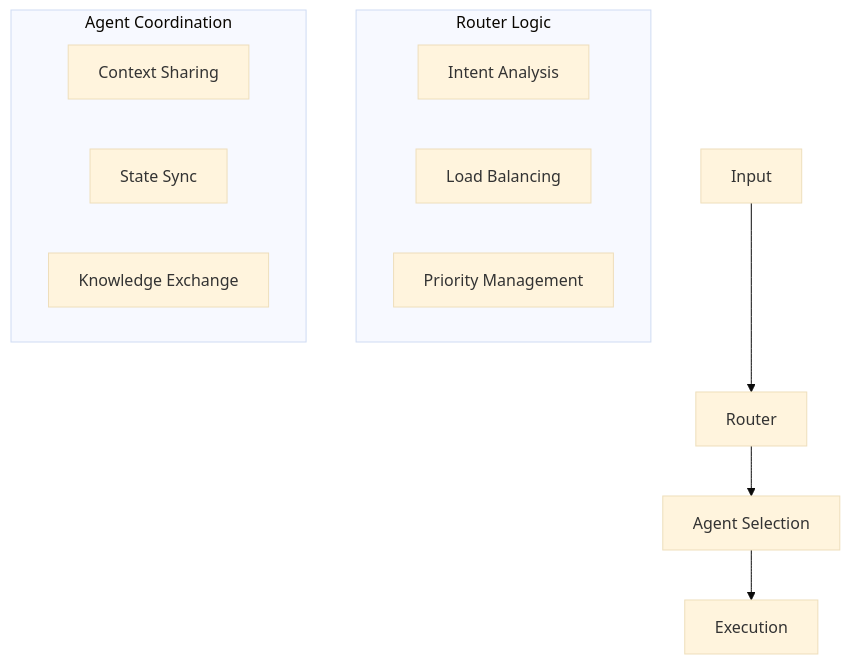
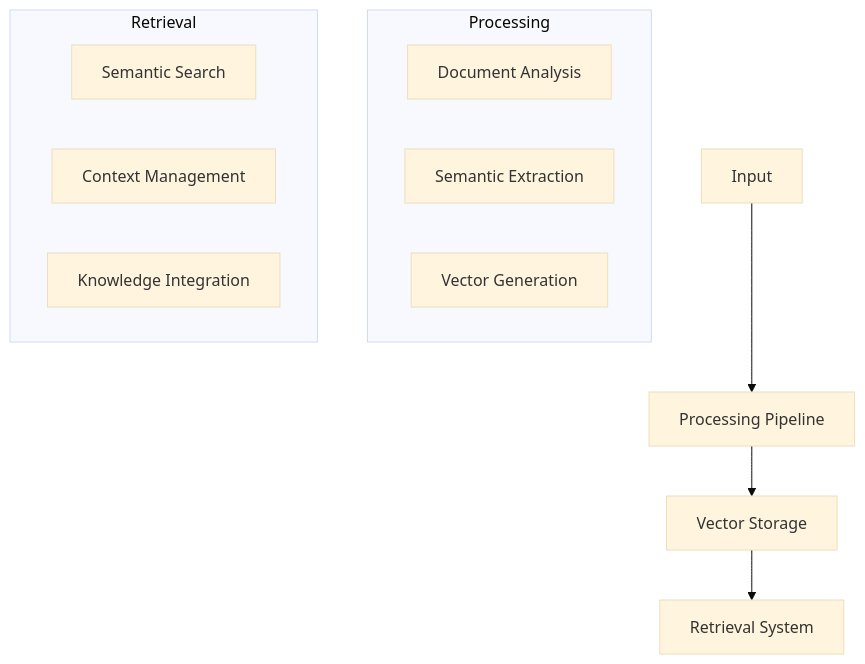
Before and after one commit to badaitech/badai-docs: the second of 3 diagrams in docs/02_architecture/overview.md, drawn with Mermaid (base theme). The commit also changed other lines of this file and 6 other files, not shown here.

````diff
--- a/docs/02_architecture/overview.md
+++ b/docs/02_architecture/overview.md
@@ -96,18 +114,18 @@
 ```mermaid
 graph TD
-    A[Input] --> B[Router]
-    B --> C[Agent Selection]
-    C --> D[Execution]
+    A[Input] --> B[Processing Pipeline]
+    B --> C[Vector Storage]
+    C --> D[Retrieval System]
     
-    subgraph "Router Logic"
-        B1[Intent Analysis]
-        B2[Load Balancing]
-        B3[Priority Management]
+    subgraph "Processing"
+        B1[Document Analysis]
+        B2[Semantic Extraction]
+        B3[Vector Generation]
     end
     
-    subgraph "Agent Coordination"
-        D1[Context Sharing]
-        D2[State Sync]
-        D3[Knowledge Exchange]
+    subgraph "Retrieval"
+        D1[Semantic Search]
+        D2[Context Management]
+        D3[Knowledge Integration]
     end
 ```
````
